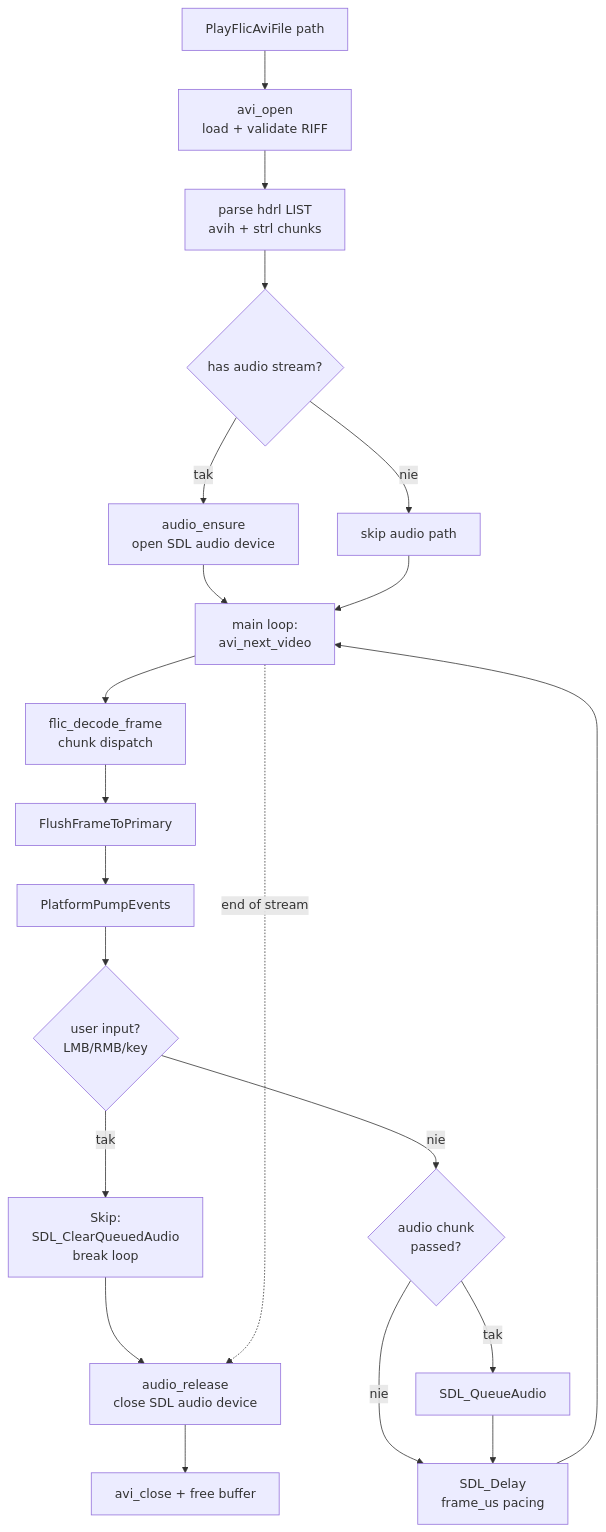
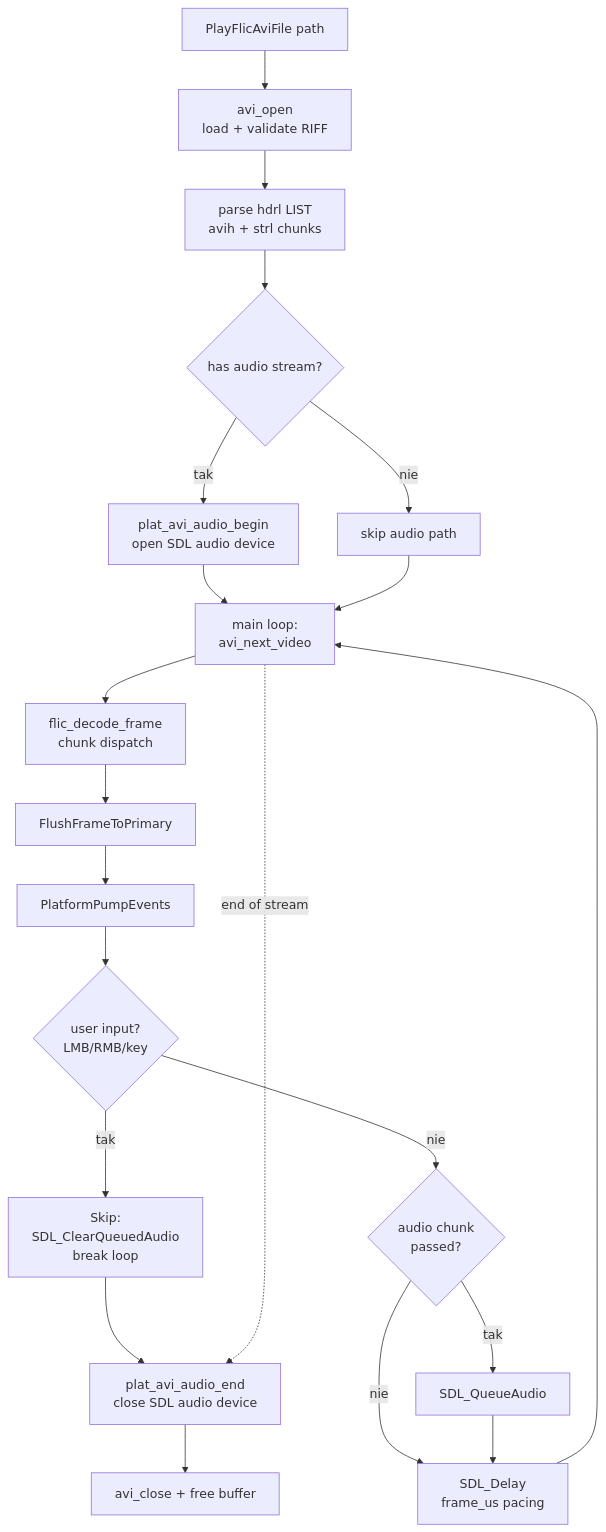
The first of 2 diagrams in docs/flic-decoder.md (mszula/wacki), drawn with Mermaid before and after one commit. The commit also changed other lines of this file and 28 other files, not shown here.

````diff
--- a/docs/flic-decoder.md
+++ b/docs/flic-decoder.md
@@ -21,23 +21,23 @@
 ```mermaid
 flowchart TB
     A[PlayFlicAviFile path] --> B[avi_open<br/>load + validate RIFF]
     B --> C[parse hdrl LIST<br/>avih + strl chunks]
     C --> D{has audio stream?}
-    D -- tak --> E[audio_ensure<br/>open SDL audio device]
+    D -- tak --> E[plat_avi_audio_begin<br/>open SDL audio device]
     D -- nie --> F[skip audio path]
     E --> G[main loop:<br/>avi_next_video]
     F --> G
     G --> H[flic_decode_frame<br/>chunk dispatch]
     H --> I[FlushFrameToPrimary]
     I --> J[PlatformPumpEvents]
     J --> K{user input?<br/>LMB/RMB/key}
     K -- tak --> L[Skip:<br/>SDL_ClearQueuedAudio<br/>break loop]
     K -- nie --> M{audio chunk<br/>passed?}
     M -- tak --> N[SDL_QueueAudio]
     M -- nie --> O[SDL_Delay<br/>frame_us pacing]
     N --> O
     O --> G
-    L --> P[audio_release<br/>close SDL audio device]
+    L --> P[plat_avi_audio_end<br/>close SDL audio device]
     G -. end of stream .-> P
     P --> Q[avi_close + free buffer]
 ```
````
